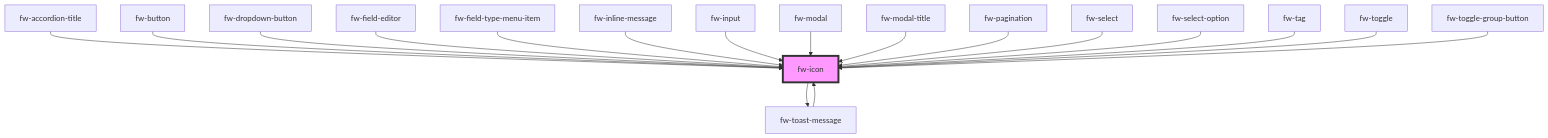
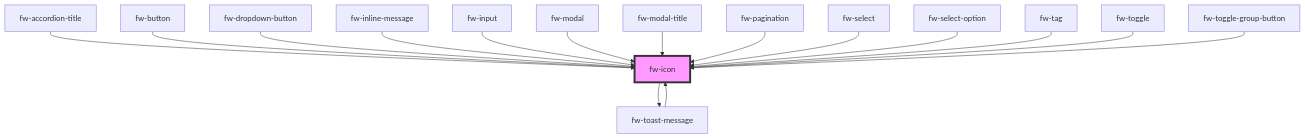
The diagram in packages/crayons-core/src/components/icon/readme.md (freshworks/crayons), drawn with Mermaid before and after one commit. The commit also changed other lines of this file and 29 other files, not shown here.

````diff
--- a/packages/crayons-core/src/components/icon/readme.md
+++ b/packages/crayons-core/src/components/icon/readme.md
@@ -262,21 +260,19 @@
 ```mermaid
 graph TD;
   fw-icon --> fw-toast-message
   fw-toast-message --> fw-icon
   fw-accordion-title --> fw-icon
   fw-button --> fw-icon
   fw-dropdown-button --> fw-icon
-  fw-field-editor --> fw-icon
-  fw-field-type-menu-item --> fw-icon
   fw-inline-message --> fw-icon
   fw-input --> fw-icon
   fw-modal --> fw-icon
   fw-modal-title --> fw-icon
   fw-pagination --> fw-icon
   fw-select --> fw-icon
   fw-select-option --> fw-icon
   fw-tag --> fw-icon
   fw-toggle --> fw-icon
   fw-toggle-group-button --> fw-icon
   style fw-icon fill:#f9f,stroke:#333,stroke-width:4px
 ```
````
